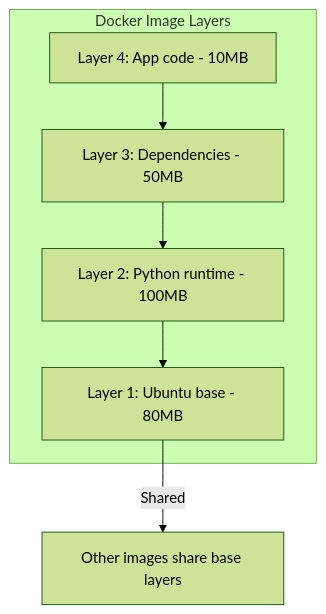
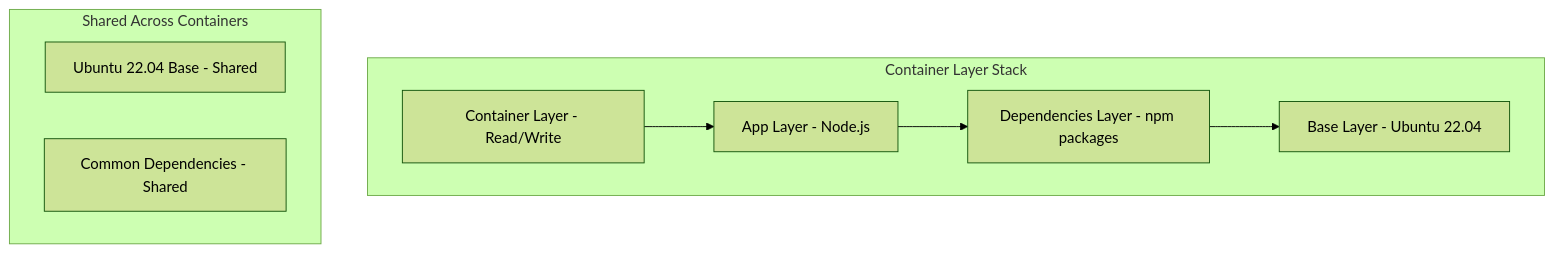
Before and after one commit to vanos001/placement_prep: the third of 7 diagrams in src/cloud/virtualization/vm-vs-container.md, drawn with Mermaid (forest theme). The commit also changed other lines of this file and 22 other files, not shown here.

````diff
--- a/src/cloud/virtualization/vm-vs-container.md
+++ b/src/cloud/virtualization/vm-vs-container.md
@@ -104,10 +129,18 @@
 ```mermaid
-graph TD
-    subgraph Image[Docker Image Layers]
-        L4[Layer 4: App code - 10MB] --> L3[Layer 3: Dependencies - 50MB]
-        L3 --> L2[Layer 2: Python runtime - 100MB]
-        L2 --> L1[Layer 1: Ubuntu base - 80MB]
+graph TB
+    subgraph "Container Layer Stack"
+        CL[Container Layer - Read/Write]
+        AL[App Layer - Node.js]
+        NL[Dependencies Layer - npm packages]
+        BL[Base Layer - Ubuntu 22.04]
     end
 
-    L1 -->|Shared| OTHER[Other images share base layers]
+    CL --> AL
+    AL --> NL
+    NL --> BL
+
+    subgraph "Shared Across Containers"
+        BL2[Ubuntu 22.04 Base - Shared]
+        NL2[Common Dependencies - Shared]
+    end
 ```
````
